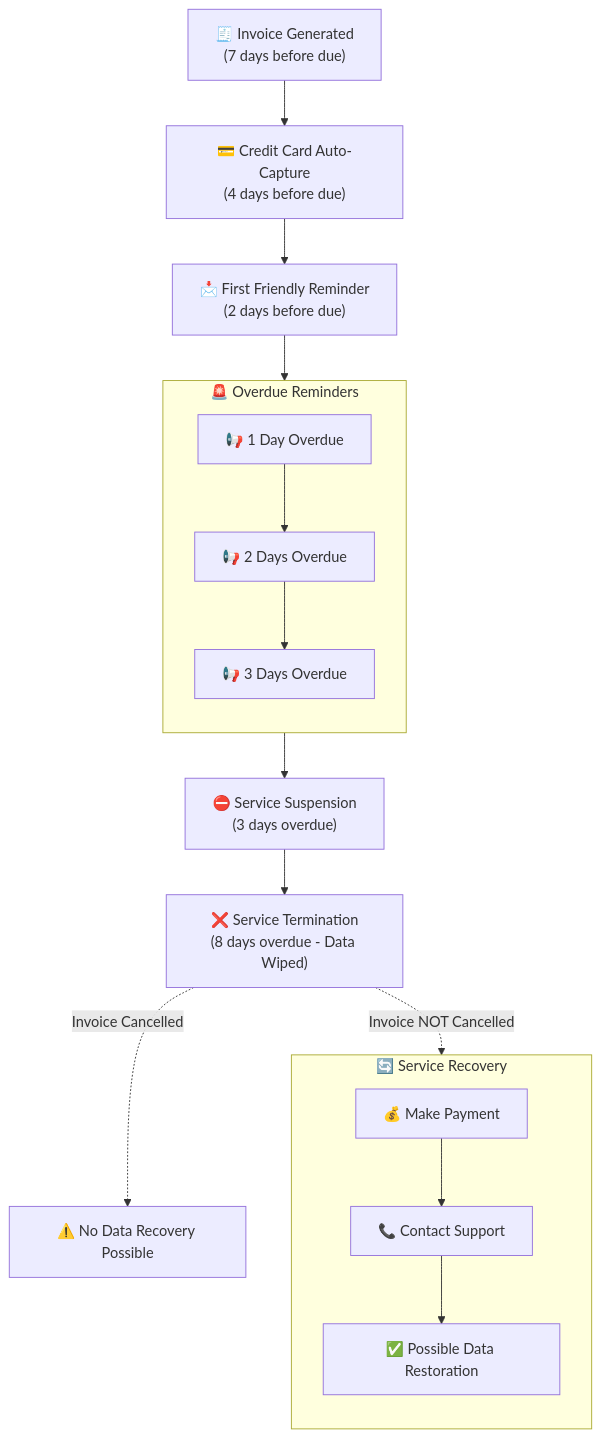
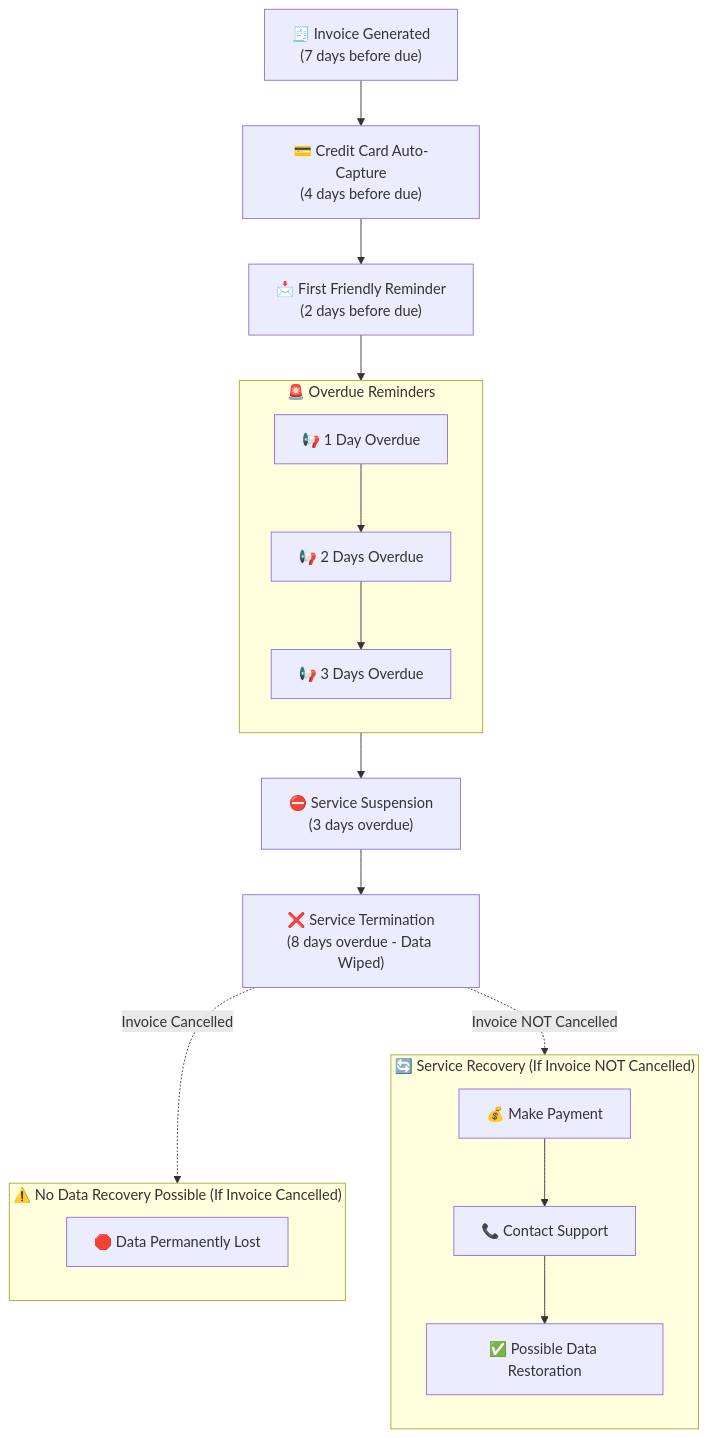
The diagram in faq/billing-lifecycle/automated-vps-billing-workflow.mdx (gExPl0ReR/docs), drawn with Mermaid before and after one commit.

Commit message:
Documentation edits made through Mintlify web editor

````diff
--- a/faq/billing-lifecycle/automated-vps-billing-workflow.mdx
+++ b/faq/billing-lifecycle/automated-vps-billing-workflow.mdx
@@ -13,26 +13,31 @@
 ```mermaid
 flowchart TD
     A["🧾 Invoice Generated<br>(7 days before due)"] --> B["💳 Credit Card Auto-Capture<br>(4 days before due)"]
     B --> C["📩 First Friendly Reminder<br>(2 days before due)"]
-    
+
     subgraph overdue["🚨 Overdue Reminders"]
         direction TB
         C1["📢 1 Day Overdue"]
         C2["📢 2 Days Overdue"]
         C3["📢 3 Days Overdue"]
     end
     C --> C1 --> C2 --> C3
 
     C3 --> D["⛔ Service Suspension<br>(3 days overdue)"]
     D --> E["❌ Service Termination<br>(8 days overdue - Data Wiped)"]
 
-    subgraph recovery["🔄 Service Recovery"]
+    subgraph recovery["🔄 Service Recovery (If Invoice NOT Cancelled)"]
         direction TB
         R1["💰 Make Payment"]
         R2["📞 Contact Support"]
         R3["✅ Possible Data Restoration"]
     end
 
+    subgraph no_recovery["⚠️ No Data Recovery Possible (If Invoice Cancelled)"]
+        direction TB
+        X["🛑 Data Permanently Lost"]
+    end
+
     E -.->|Invoice NOT Cancelled| R1 --> R2 --> R3
-    E -.->|Invoice Cancelled| X["⚠️ No Data Recovery Possible"]
+    E -.->|Invoice Cancelled| X
 ```
````
